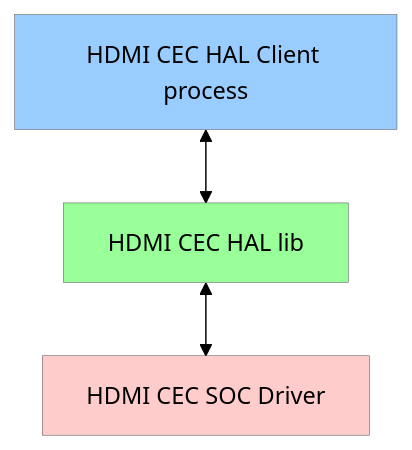
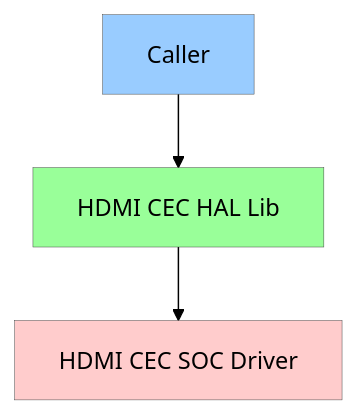
The first of 3 diagrams in docs/pages/halSpec.md (rdkcentral/rdk-halif-hdmi_cec), drawn with Mermaid before and after one commit. The commit also changed other lines of this file, not shown here.

````diff
--- a/docs/pages/halSpec.md
+++ b/docs/pages/halSpec.md
@@ -18,10 +23,10 @@
 ```mermaid
 %%{ init : { "theme" : "forest", "flowchart" : { "curve" : "linear" }}}%%
 flowchart TD
-y[HDMI CEC HAL Client process]<-->x[HDMI CEC HAL lib];
-x[HDMI CEC HAL lib]<-->z[HDMI CEC SOC Driver];
+y[Caller]-->x[HDMI CEC HAL Lib];
+x[HDMI CEC HAL Lib]-->z[HDMI CEC SOC Driver];
 style y fill:#99CCFF,stroke:#333,stroke-width:0.3px,align:left
 style z fill:#fcc,stroke:#333,stroke-width:0.3px,align:left
 style x fill:#9f9,stroke:#333,stroke-width:0.3px,align:left
 
  ```
````
